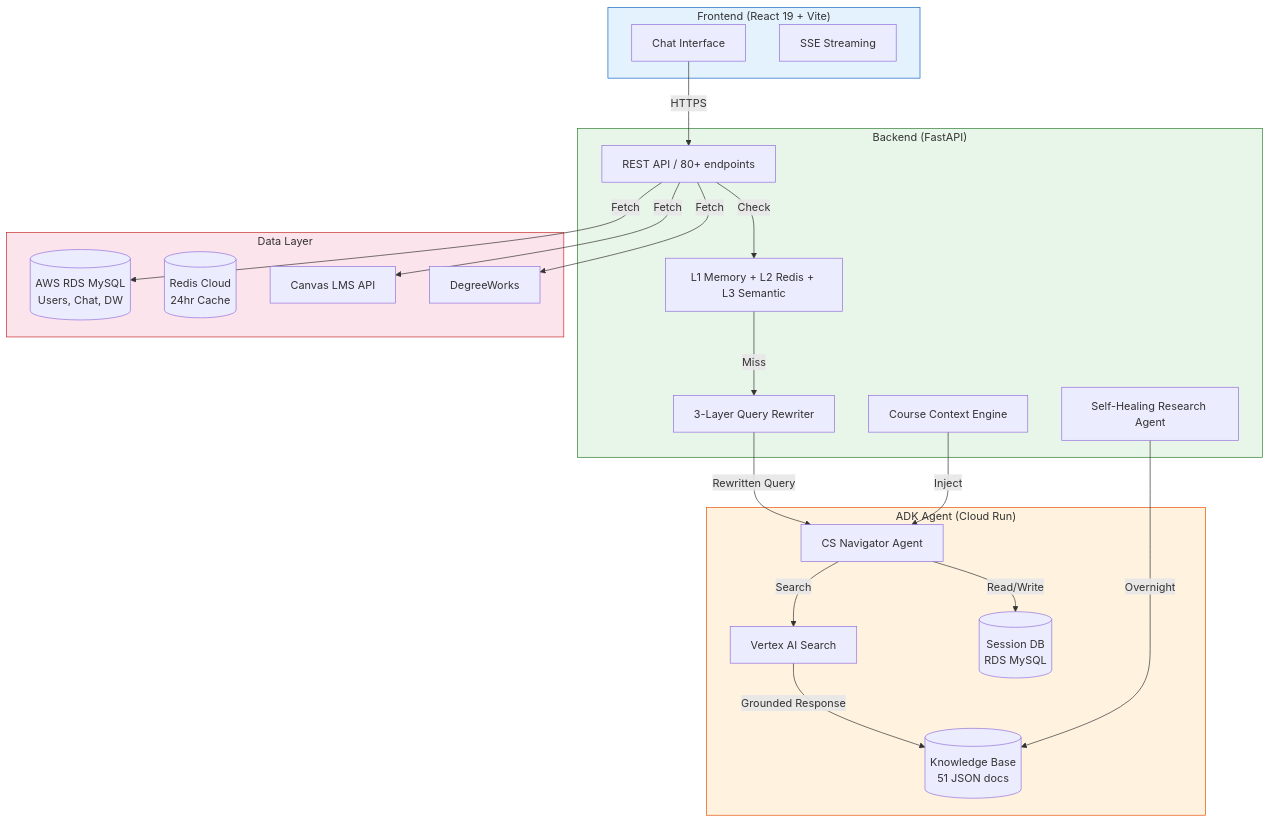
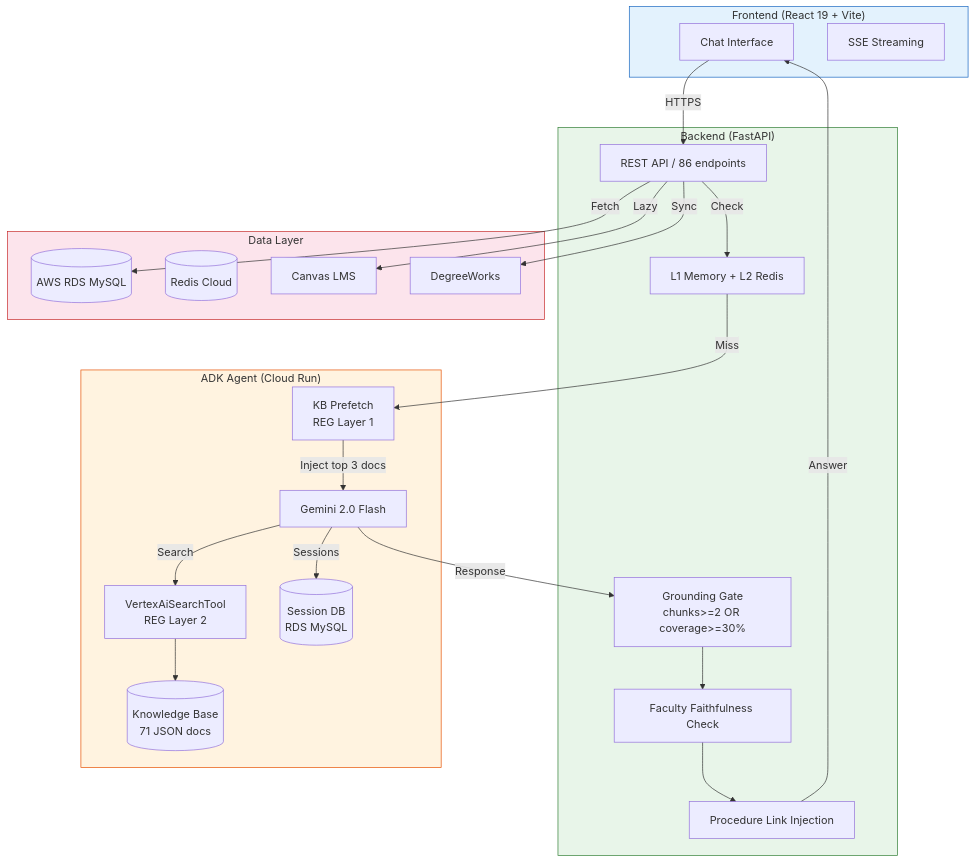
The first of 5 diagrams in README.md (theaayushstha1/cs-navigator), drawn with Mermaid before and after one commit. The commit also changed other lines of this file, not shown here.

First line of the commit message:
docs: Update README with REG pipeline, v5.1 changes, updated metrics

````diff
--- a/README.md
+++ b/README.md
@@ -58,47 +61,50 @@
 ```mermaid
 flowchart TB
     subgraph Client["Frontend (React 19 + Vite)"]
         UI[Chat Interface]
         SSE[SSE Streaming]
     end
 
     subgraph Backend["Backend (FastAPI)"]
-        API[REST API / 80+ endpoints]
-        QR[3-Layer Query Rewriter]
-        Cache[L1 Memory + L2 Redis + L3 Semantic]
-        CTX[Course Context Engine]
-        RES[Self-Healing Research Agent]
+        API[REST API / 86 endpoints]
+        Cache[L1 Memory + L2 Redis]
+        GG[Grounding Gate\nchunks>=2 OR coverage>=30%]
+        FF[Faculty Faithfulness Check]
+        PL[Procedure Link Injection]
     end
 
     subgraph ADK["ADK Agent (Cloud Run)"]
-        Agent[CS Navigator Agent]
-        VAS[Vertex AI Search]
-        KB[(Knowledge Base\n51 JSON docs)]
+        PF[KB Prefetch\nREG Layer 1]
+        Agent[Gemini 2.0 Flash]
+        VAS[VertexAiSearchTool\nREG Layer 2]
+        KB[(Knowledge Base\n71 JSON docs)]
         SDB[(Session DB\nRDS MySQL)]
     end
 
     subgraph Data["Data Layer"]
-        RDS[(AWS RDS MySQL\nUsers, Chat, DW)]
-        Redis[(Redis Cloud\n24hr Cache)]
-        Canvas[Canvas LMS API]
+        RDS[(AWS RDS MySQL)]
+        Redis[(Redis Cloud)]
+        Canvas[Canvas LMS]
         DW[DegreeWorks]
     end
 
     UI -->|HTTPS| API
     API -->|Check| Cache
-    Cache -->|Miss| QR
-    QR -->|Rewritten Query| Agent
+    Cache -->|Miss| PF
+    PF -->|Inject top 3 docs| Agent
     Agent -->|Search| VAS
-    VAS -->|Grounded Response| KB
-    Agent -->|Read/Write| SDB
+    VAS --> KB
+    Agent -->|Response| GG
+    GG --> FF
+    FF --> PL
+    PL -->|Answer| UI
+    Agent -->|Sessions| SDB
     API -->|Fetch| RDS
-    API -->|Fetch| Canvas
-    API -->|Fetch| DW
-    CTX -->|Inject| Agent
-    RES -->|Overnight| KB
+    API -->|Lazy| Canvas
+    API -->|Sync| DW
 
     style Client fill:#e3f2fd,stroke:#1565c0
     style Backend fill:#e8f5e9,stroke:#2e7d32
     style ADK fill:#fff3e0,stroke:#e65100
     style Data fill:#fce4ec,stroke:#c62828
 ```
````
